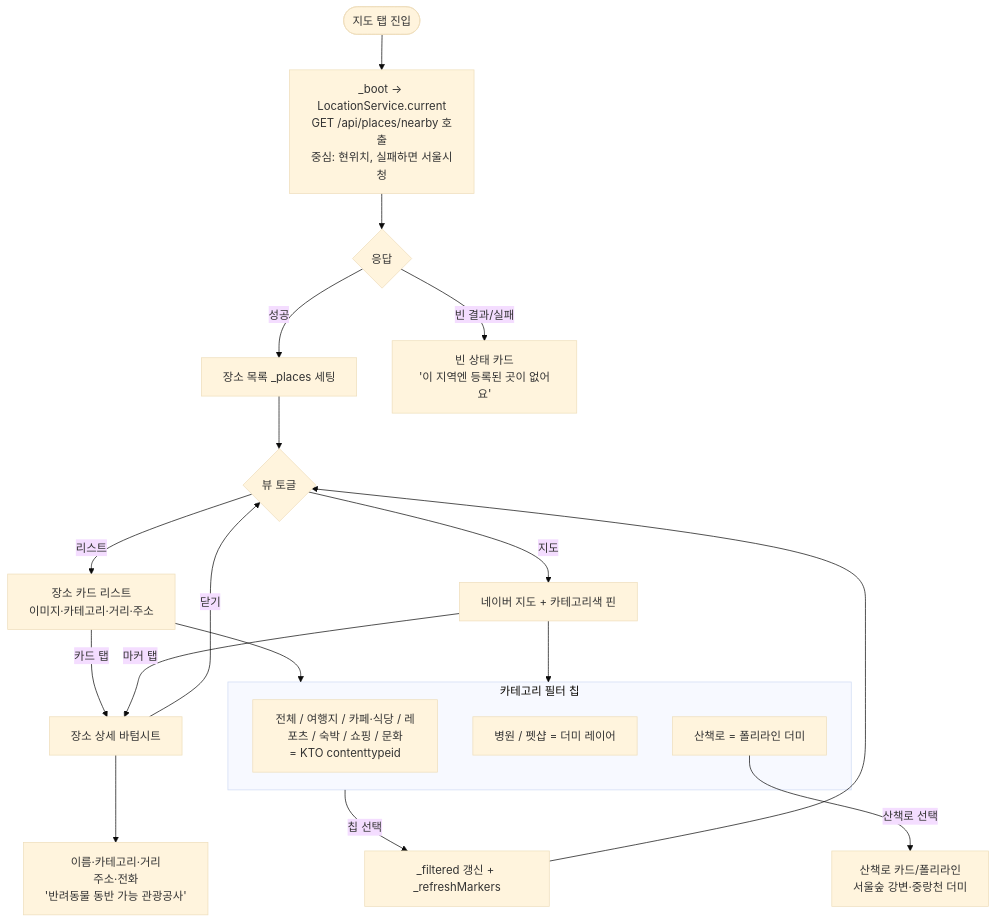
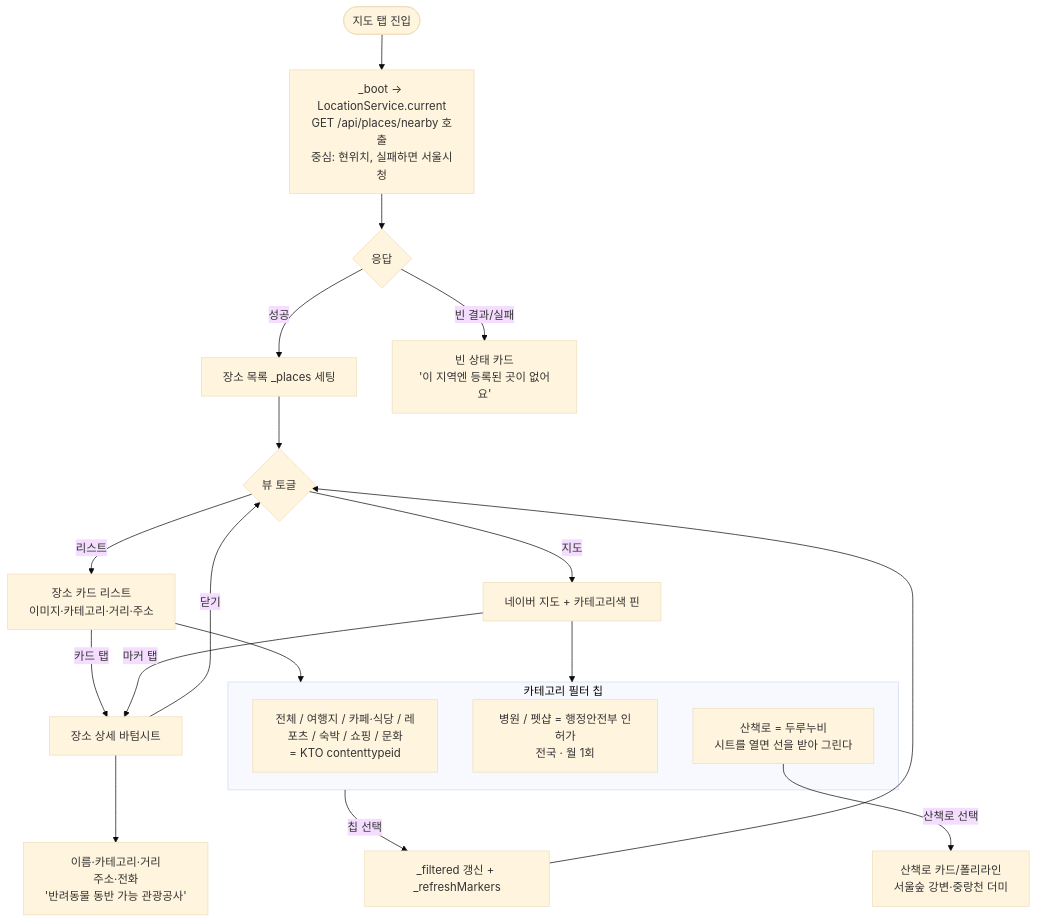
Before and after one commit to sanghyunbang/pawloop: the second of 4 diagrams in docs/01-design/user-flows.md, drawn with Mermaid (base theme). The commit also changed other lines of this file and 75 other files, not shown here.

First line of the commit message:
feat: 동물병원·펫샵·산책로가 실데이터로 돌아온다 — 행정안전부 인허가(전국)·두루누비를 place_catalog 출처별 한 벌로 (#291)

````diff
--- a/docs/01-design/user-flows.md
+++ b/docs/01-design/user-flows.md
@@ -58,28 +58,28 @@
 ```mermaid
 flowchart TD
     A([지도 탭 진입]) --> B[_boot → LocationService.current<br/>GET /api/places/nearby 호출<br/>중심: 현위치, 실패하면 서울시청]
     B --> C{응답}
     C -->|성공| D[장소 목록 _places 세팅]
     C -->|빈 결과/실패| E[빈 상태 카드<br/>'이 지역엔 등록된 곳이 없어요']
 
     D --> V{뷰 토글}
     V -->|리스트| L[장소 카드 리스트<br/>이미지·카테고리·거리·주소]
     V -->|지도| M[네이버 지도 + 카테고리색 핀]
 
     subgraph 필터[카테고리 필터 칩]
       F1[전체 / 여행지 / 카페·식당 / 레포츠 / 숙박 / 쇼핑 / 문화<br/>= KTO contenttypeid]
-      F2[병원 / 펫샵 = 더미 레이어]
-      F3[산책로 = 폴리라인 더미]
+      F2[병원 / 펫샵 = 행정안전부 인허가<br/>전국 · 월 1회]
+      F3[산책로 = 두루누비<br/>시트를 열면 선을 받아 그린다]
     end
     L --> 필터
     M --> 필터
     필터 -->|칩 선택| G[_filtered 갱신 + _refreshMarkers]
     G --> V
 
     L -->|카드 탭| S[장소 상세 바텀시트]
     M -->|마커 탭| S
     S --> S1[이름·카테고리·거리<br/>주소·전화<br/>'반려동물 동반 가능 관광공사']
     S -->|닫기| V
 
     F3 -->|산책로 선택| T[산책로 카드/폴리라인<br/>서울숲 강변·중랑천 더미]
 ```
````
